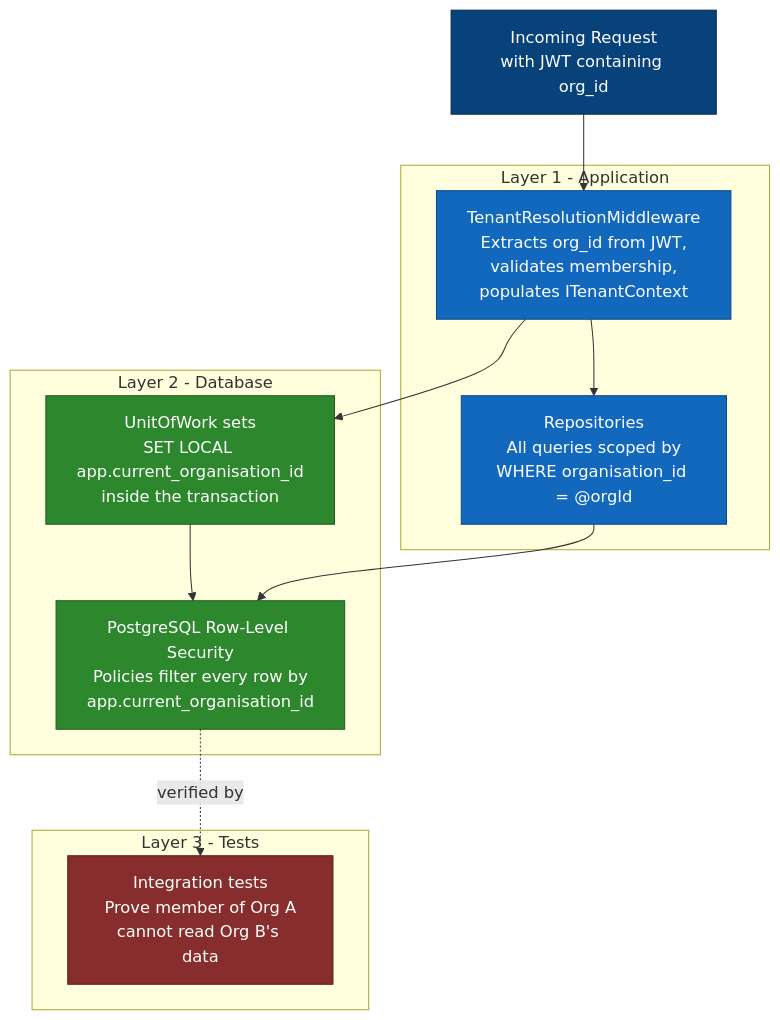
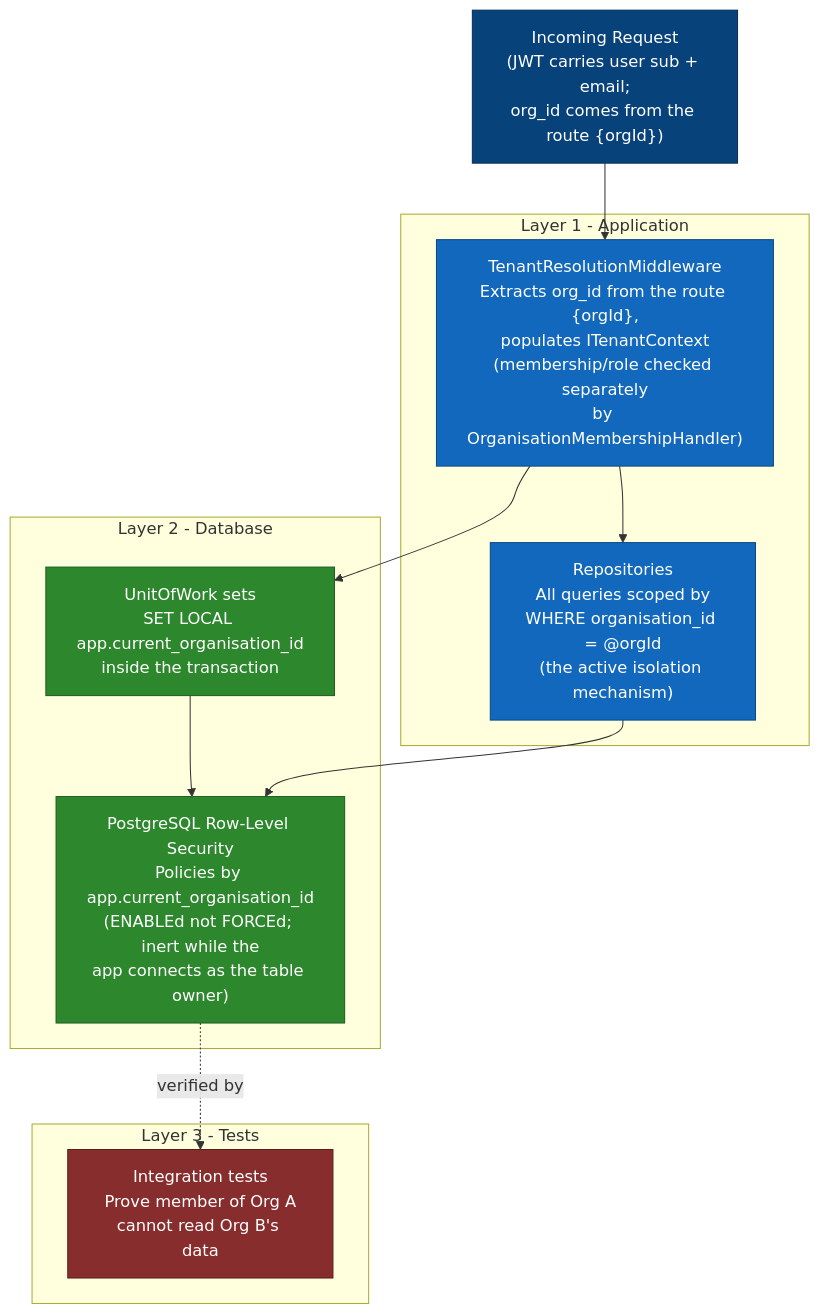
One commit to mistuhk/FlowBoard changed diagram 11 of 12 in docs/architecture-diagrams.md. Above: the diagram before and after it, drawn with Mermaid. The commit also changed other lines of this file and 3 other files, not shown here.

````diff
--- a/docs/architecture-diagrams.md
+++ b/docs/architecture-diagrams.md
@@ -577,32 +581,32 @@
 ```mermaid
 graph TB
-    request["Incoming Request<br/>with JWT containing org_id"]
+    request["Incoming Request<br/>(JWT carries user sub + email;<br/>org_id comes from the route {orgId})"]
 
     subgraph layer1[Layer 1 - Application]
-        middleware["TenantResolutionMiddleware<br/>Extracts org_id from JWT,<br/>validates membership,<br/>populates ITenantContext"]
-        repos["Repositories<br/>All queries scoped by<br/>WHERE organisation_id = @orgId"]
+        middleware["TenantResolutionMiddleware<br/>Extracts org_id from the route {orgId},<br/>populates ITenantContext<br/>(membership/role checked separately<br/>by OrganisationMembershipHandler)"]
+        repos["Repositories<br/>All queries scoped by<br/>WHERE organisation_id = @orgId<br/>(the active isolation mechanism)"]
     end
 
     subgraph layer2[Layer 2 - Database]
         setlocal["UnitOfWork sets<br/>SET LOCAL app.current_organisation_id<br/>inside the transaction"]
-        rls["PostgreSQL Row-Level Security<br/>Policies filter every row by<br/>app.current_organisation_id"]
+        rls["PostgreSQL Row-Level Security<br/>Policies by app.current_organisation_id<br/>(ENABLEd not FORCEd; inert while the<br/>app connects as the table owner)"]
     end
 
     subgraph layer3[Layer 3 - Tests]
         inttest["Integration tests<br/>Prove member of Org A<br/>cannot read Org B's data"]
     end
 
     request --> middleware
     middleware --> repos
     middleware --> setlocal
     setlocal --> rls
     repos --> rls
     rls -.->|verified by| inttest
 
     style request fill:#08427b,stroke:#052e56,color:#fff
     style middleware fill:#1168bd,stroke:#0b4884,color:#fff
     style repos fill:#1168bd,stroke:#0b4884,color:#fff
     style setlocal fill:#2d882d,stroke:#1d5c1d,color:#fff
     style rls fill:#2d882d,stroke:#1d5c1d,color:#fff
     style inttest fill:#882d2d,stroke:#5c1d1d,color:#fff
 ```
````
